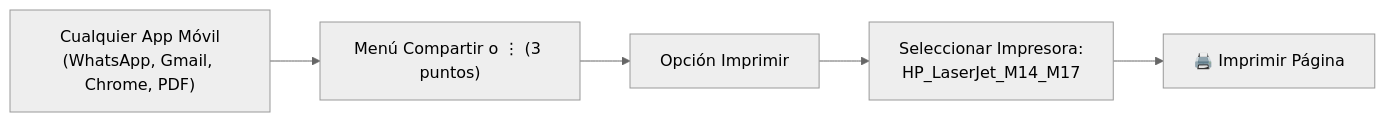
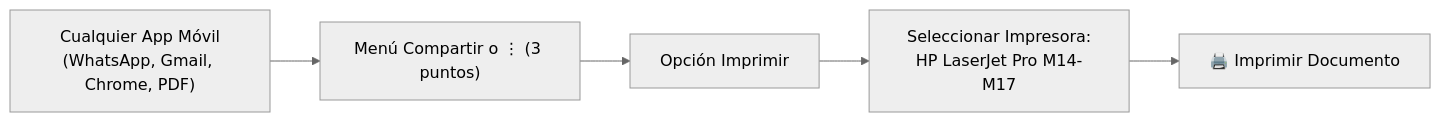
The diagram in docs/GUIA_IMPRESION_MOVIL.md (AaronSGomez/rpi5-cups-print-server), drawn with Mermaid (neutral theme) before and after one commit. The commit also changed other lines of this file and 3 other files, not shown here.

````diff
--- a/docs/GUIA_IMPRESION_MOVIL.md
+++ b/docs/GUIA_IMPRESION_MOVIL.md
@@ -83,7 +142,7 @@
 ```mermaid
 flowchart LR
     App["Cualquier App Móvil\n(WhatsApp, Gmail, Chrome, PDF)"] --> Menu["Menú Compartir o ⋮ (3 puntos)"]
     Menu --> Print["Opción Imprimir"]
-    Print --> Destino["Seleccionar Impresora:\nHP_LaserJet_M14_M17"]
-    Destino --> Send["🖨️ Imprimir Página"]
+    Print --> Destino["Seleccionar Impresora:\nHP LaserJet Pro M14-M17"]
+    Destino --> Send["🖨️ Imprimir Documento"]
 ```
````
